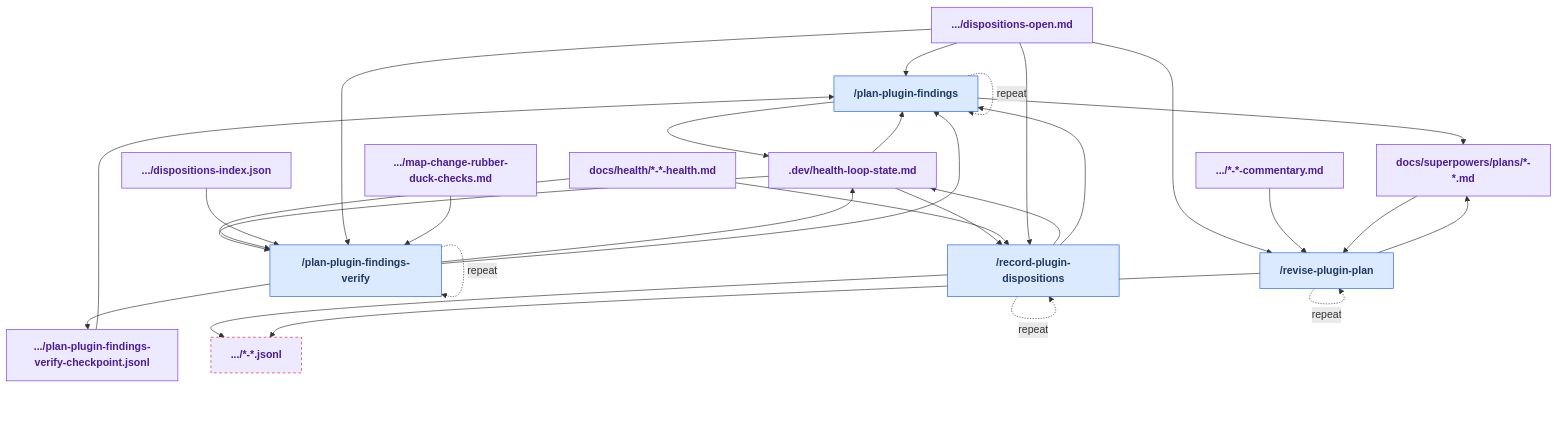
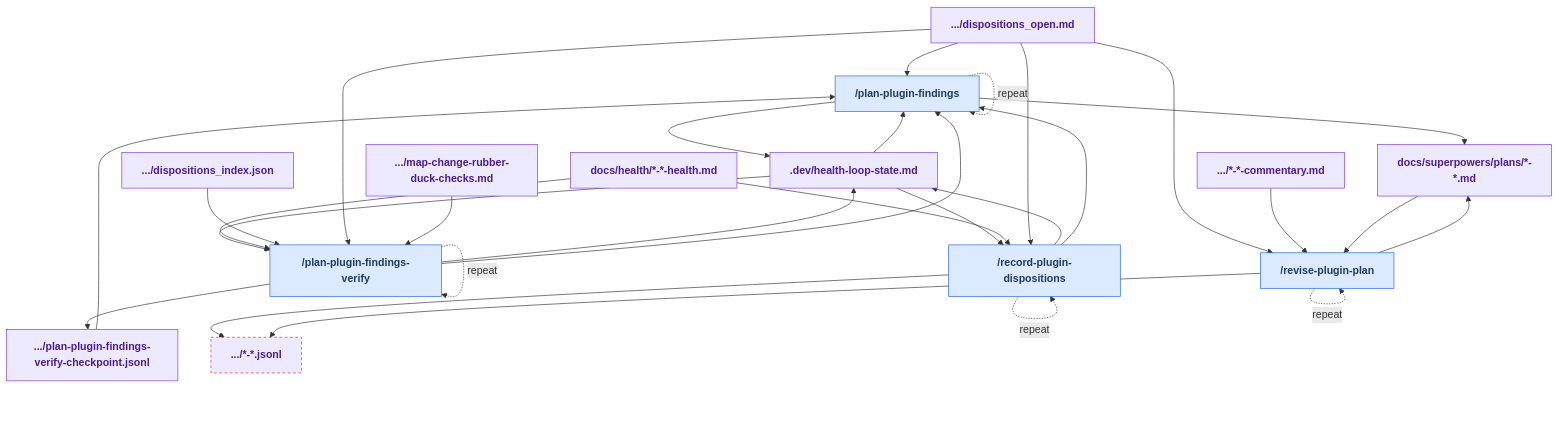
The diagram in docs/maintainer_tooling/decide.md (russell-laing/al-dev-shared), drawn with Mermaid before and after one commit. The commit also changed 4 other files, not shown here.

````diff
--- a/docs/maintainer_tooling/decide.md
+++ b/docs/maintainer_tooling/decide.md
@@ -49,65 +49,65 @@
 ```mermaid
 flowchart TD
     classDef userSkill fill:#dbeafe,stroke:#2563eb,color:#1e3a5f,font-weight:bold
     classDef internalSkill fill:#f3f4f6,stroke:#6b7280,color:#374151,stroke-dasharray:5 5,font-weight:bold
     classDef artifact fill:#ede9fe,stroke:#7c3aed,color:#4c1d95,font-weight:bold
     classDef orphanArtifact fill:#ede9fe,stroke:#dc2626,color:#4c1d95,stroke-dasharray:4 4,font-weight:bold
     classDef manualStep fill:#fef3c7,stroke:#d97706,color:#78350f,font-weight:bold
 
     skill_plan_plugin_findings["/plan-plugin-findings"]
     skill_plan_plugin_findings_verify["/plan-plugin-findings-verify"]
     skill_record_plugin_dispositions["/record-plugin-dispositions"]
     skill_revise_plugin_plan["/revise-plugin-plan"]
     art__dev_health_loop_state_md[".dev/health-loop-state.md"]
     art__dev_plan_plugin_findings_verify_checkpoint_jsonl[".../plan-plugin-findings-verify-checkpoint.jsonl"]
     art_docs_health_____health_md["docs/health/*-*-health.md"]
     art_docs_health_dispositions_events_______jsonl[".../*-*.jsonl"]
-    art_docs_health_dispositions_index_json[".../dispositions-index.json"]
-    art_docs_health_dispositions_open_md[".../dispositions-open.md"]
+    art_docs_health_dispositions_index_json[".../dispositions_index.json"]
+    art_docs_health_dispositions_open_md[".../dispositions_open.md"]
     art_docs_superpowers_plans_____commentary_md[".../*-*-commentary.md"]
     art_docs_superpowers_plans_____md["docs/superpowers/plans/*-*.md"]
     art_profile_al_dev_shared_knowledge_map_change_rubber_duck_checks_md[".../map-change-rubber-duck-checks.md"]
 
     art__dev_health_loop_state_md --> skill_plan_plugin_findings
     art__dev_plan_plugin_findings_verify_checkpoint_jsonl --> skill_plan_plugin_findings
     art_docs_health_dispositions_open_md --> skill_plan_plugin_findings
     skill_plan_plugin_findings --> art__dev_health_loop_state_md
     skill_plan_plugin_findings --> art_docs_superpowers_plans_____md
     skill_plan_plugin_findings -. "repeat" .-> skill_plan_plugin_findings
     art__dev_health_loop_state_md --> skill_plan_plugin_findings_verify
     art_docs_health_____health_md --> skill_plan_plugin_findings_verify
     art_docs_health_dispositions_index_json --> skill_plan_plugin_findings_verify
     art_docs_health_dispositions_open_md --> skill_plan_plugin_findings_verify
     art_profile_al_dev_shared_knowledge_map_change_rubber_duck_checks_md --> skill_plan_plugin_findings_verify
     skill_plan_plugin_findings_verify --> art__dev_health_loop_state_md
     skill_plan_plugin_findings_verify --> art__dev_plan_plugin_findings_verify_checkpoint_jsonl
     skill_plan_plugin_findings_verify --> skill_plan_plugin_findings
     skill_plan_plugin_findings_verify -. "repeat" .-> skill_plan_plugin_findings_verify
     art__dev_health_loop_state_md --> skill_record_plugin_dispositions
     art_docs_health_____health_md --> skill_record_plugin_dispositions
     art_docs_health_dispositions_open_md --> skill_record_plugin_dispositions
     skill_record_plugin_dispositions --> art__dev_health_loop_state_md
     skill_record_plugin_dispositions --> art_docs_health_dispositions_events_______jsonl
     skill_record_plugin_dispositions --> skill_plan_plugin_findings
     skill_record_plugin_dispositions -. "repeat" .-> skill_record_plugin_dispositions
     art_docs_health_dispositions_open_md --> skill_revise_plugin_plan
     art_docs_superpowers_plans_____commentary_md --> skill_revise_plugin_plan
     art_docs_superpowers_plans_____md --> skill_revise_plugin_plan
     skill_revise_plugin_plan --> art_docs_health_dispositions_events_______jsonl
     skill_revise_plugin_plan --> art_docs_superpowers_plans_____md
     skill_revise_plugin_plan -. "repeat" .-> skill_revise_plugin_plan
 
     class skill_plan_plugin_findings userSkill
     class skill_plan_plugin_findings_verify userSkill
     class skill_record_plugin_dispositions userSkill
     class skill_revise_plugin_plan userSkill
     class art__dev_health_loop_state_md artifact
     class art__dev_plan_plugin_findings_verify_checkpoint_jsonl artifact
     class art_docs_health_____health_md artifact
     class art_docs_health_dispositions_events_______jsonl orphanArtifact
     class art_docs_health_dispositions_index_json artifact
     class art_docs_health_dispositions_open_md artifact
     class art_docs_superpowers_plans_____commentary_md artifact
     class art_docs_superpowers_plans_____md artifact
     class art_profile_al_dev_shared_knowledge_map_change_rubber_duck_checks_md artifact
 ```
````
